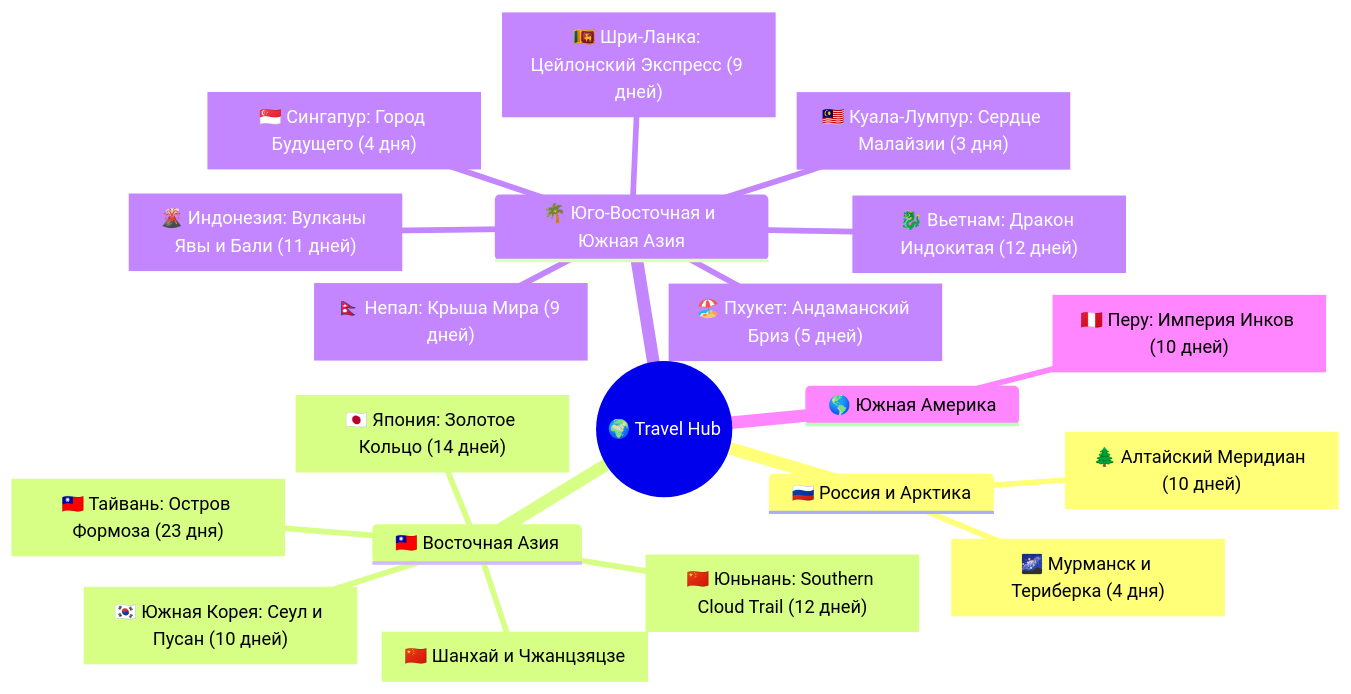
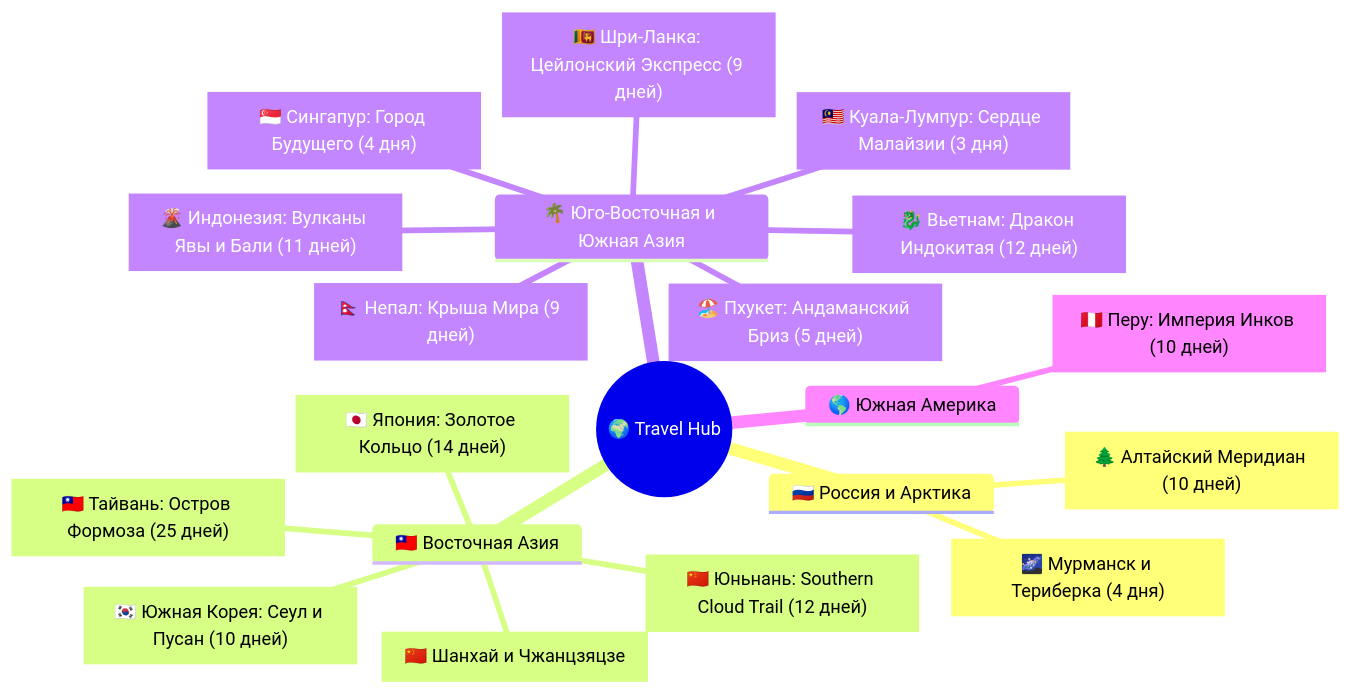
One commit to injurka/obsidian-mark changed the diagram in Personal Note/Travel/Travel.md. Above: the diagram before and after it, drawn with Mermaid. The commit also changed other lines of this file and 50 other files, not shown here.

````diff
--- a/Personal Note/Travel/Travel.md
+++ b/Personal Note/Travel/Travel.md
@@ -5,23 +5,23 @@
 ```mermaid
 mindmap
   root((🌍 Travel Hub))
     🇷🇺 Россия и Арктика
       ["🌲 Алтайский Меридиан (10 дней)"]
       ["🌌 Мурманск и Териберка (4 дня)"]
     🇹🇼 Восточная Азия
       ["🇯🇵 Япония: Золотое Кольцо (14 дней)"]
-      ["🇹🇼 Тайвань: Остров Формоза (23 дня)"]
+      ["🇹🇼 Тайвань: Остров Формоза (25 дней)"]
       ["🇰🇷 Южная Корея: Сеул и Пусан (10 дней)"]
       ["🇨🇳 Юньнань: Southern Cloud Trail (12 дней)"]
       ["🇨🇳 Шанхай и Чжанцзяцзе"]
     🌴 Юго-Восточная и Южная Азия
       ["🇳🇵 Непал: Крыша Мира (9 дней)"]
       ["🇱🇰 Шри-Ланка: Цейлонский Экспресс (9 дней)"]
       ["🌋 Индонезия: Вулканы Явы и Бали (11 дней)"]
       ["🐉 Вьетнам: Дракон Индокитая (12 дней)"]
       ["🏖️ Пхукет: Андаманский Бриз (5 дней)"]
       ["🇸🇬 Сингапур: Город Будущего (4 дня)"]
       ["🇲🇾 Куала-Лумпур: Сердце Малайзии (3 дня)"]
     🌎 Южная Америка
       ["🇵🇪 Перу: Империя Инков (10 дней)"]
 ```
````
